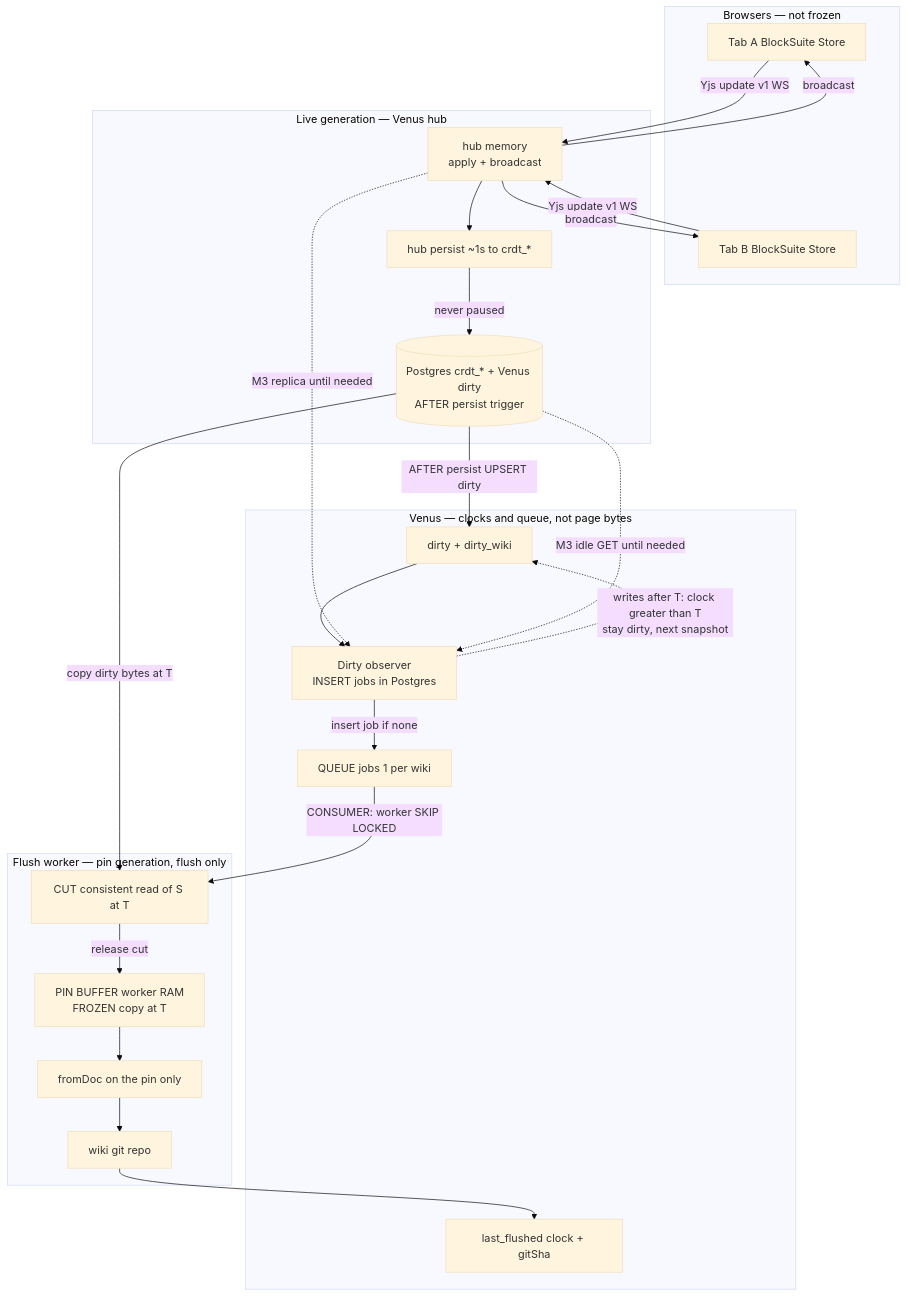
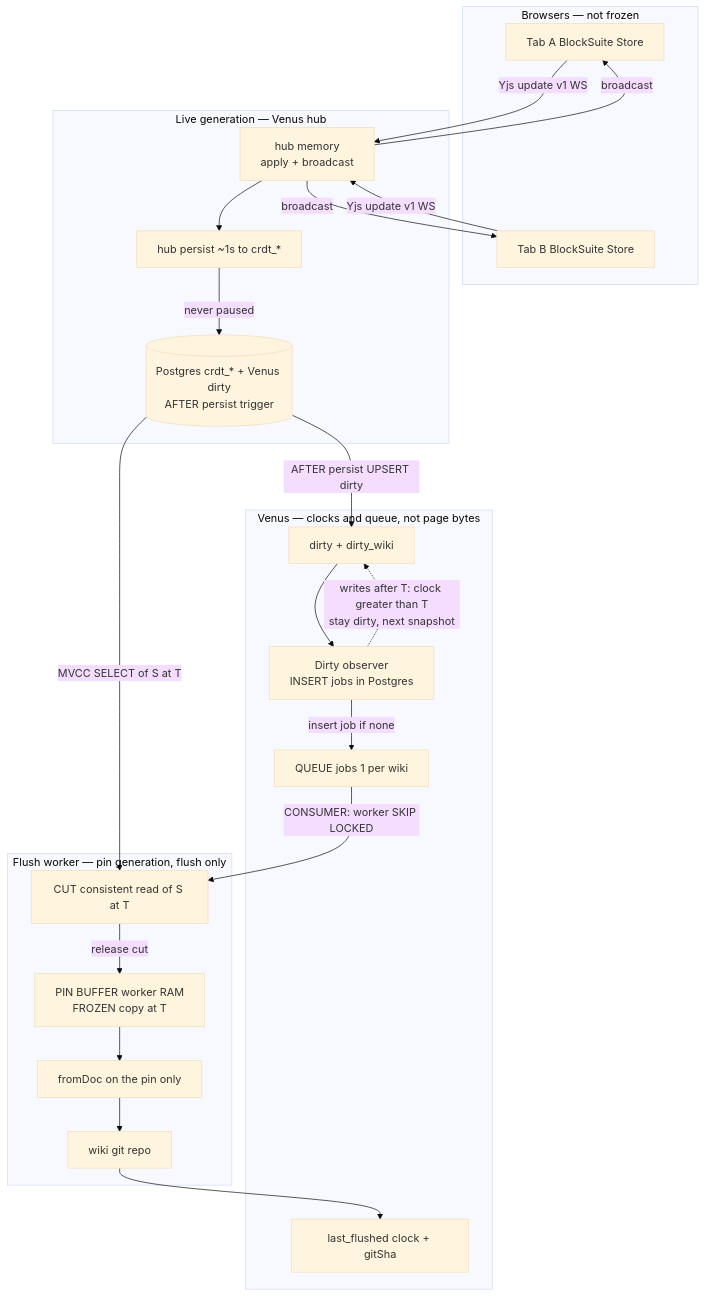
The diagram in docs/design/LiveSnapshot/high-availability.md (OpenDOps/Venus), drawn with Mermaid (base theme) before and after one commit. The commit also changed other lines of this file and 91 other files, not shown here.

Commit message:
Close M3 steps 4–9: ship the HA snapshotter beside the hub (dirty_wiki → jobs → SKIP LOCKED claim → MVCC pin → git2 autoinit of wiki/) with host Flush and git-log chrome so typing during convert still syncs, and close the board by cloning spec/home.md as readable markdown without the live editor.

````diff
--- a/docs/design/LiveSnapshot/high-availability.md
+++ b/docs/design/LiveSnapshot/high-availability.md
@@ -96,46 +96,44 @@
 ```mermaid
 flowchart TB
   subgraph browsers["Browsers — not frozen"]
     tabA["Tab A BlockSuite Store"]
     tabB["Tab B BlockSuite Store"]
   end
 
   subgraph liveGen["Live generation — Venus hub"]
     hubMem["hub memory<br/>apply + broadcast"]
     persist["hub persist ~1s to crdt_*"]
     pgLive[("Postgres crdt_* + Venus dirty<br/>AFTER persist trigger")]
   end
 
   subgraph venusHA["Venus — clocks and queue, not page bytes"]
     observer["Dirty observer<br/>INSERT jobs in Postgres"]
     dirty["dirty + dirty_wiki"]
     queue["QUEUE jobs 1 per wiki"]
     lastFl["last_flushed clock + gitSha"]
   end
 
   subgraph worker["Flush worker — pin generation, flush only"]
     cut["CUT consistent read of S at T"]
     pinBuf["PIN BUFFER worker RAM<br/>FROZEN copy at T"]
     convert["fromDoc on the pin only"]
     gitRepo["wiki git repo"]
   end
 
   tabA -->|"Yjs update v1 WS"| hubMem
   tabB -->|"Yjs update v1 WS"| hubMem
   hubMem -->|"broadcast"| tabA
   hubMem -->|"broadcast"| tabB
   hubMem --> persist
   persist -->|"never paused"| pgLive
   pgLive -->|"AFTER persist UPSERT dirty"| dirty
   dirty --> observer
   observer -->|"insert job if none"| queue
-  hubMem -.->|"M3 replica until needed"| observer
-  pgLive -.->|"M3 idle GET until needed"| observer
   queue -->|"CONSUMER: worker SKIP LOCKED"| cut
-  pgLive -->|"copy dirty bytes at T"| cut
+  pgLive -->|"MVCC SELECT of S at T"| cut
   cut -->|"release cut"| pinBuf
   pinBuf --> convert
   convert --> gitRepo
   gitRepo --> lastFl
   observer -.->|"writes after T: clock greater than T<br/>stay dirty, next snapshot"| dirty
 ```
````
